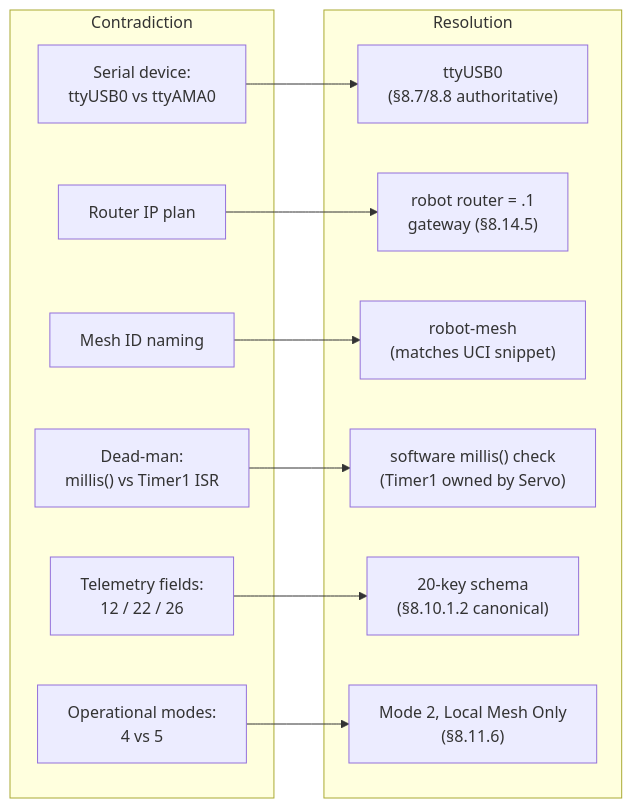
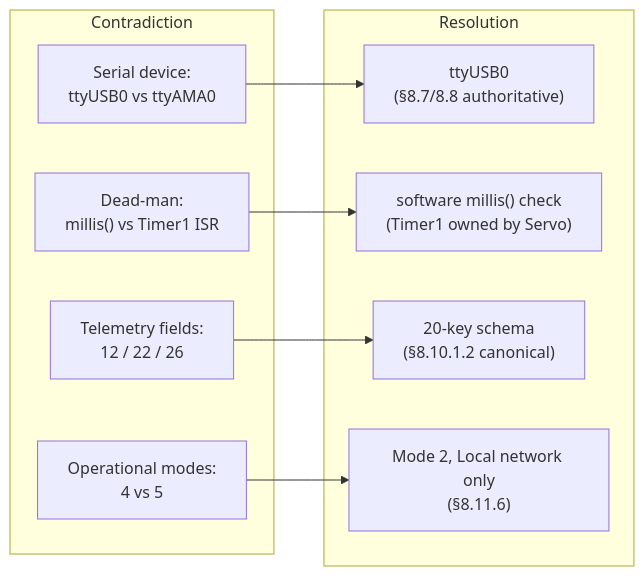
Diagram 13 of 16 in docs/ARCHITECTURE.md (baiust999/robort-code-from-pi), drawn with Mermaid before and after one commit. The commit also changed other lines of this file and 24 other files, not shown here.

First line of the commit message:
Remove the mesh network; run on an ordinary local Wi-Fi network

````diff
--- a/docs/ARCHITECTURE.md
+++ b/docs/ARCHITECTURE.md
@@ -554,25 +548,19 @@
 ```mermaid
 flowchart LR
     subgraph issues["Contradiction"]
         i1["Serial device:<br/>ttyUSB0 vs ttyAMA0"]
-        i2["Router IP plan"]
-        i3["Mesh ID naming"]
         i4["Dead-man:<br/>millis() vs Timer1 ISR"]
         i6["Telemetry fields:<br/>12 / 22 / 26"]
         i7["Operational modes:<br/>4 vs 5"]
     end
     subgraph resolved["Resolution"]
         r1["ttyUSB0<br/>(§8.7/8.8 authoritative)"]
-        r2["robot router = .1<br/>gateway (§8.14.5)"]
-        r3["robot-mesh<br/>(matches UCI snippet)"]
         r4["software millis() check<br/>(Timer1 owned by Servo)"]
         r6["20-key schema<br/>(§8.10.1.2 canonical)"]
-        r7["Mode 2, Local Mesh Only<br/>(§8.11.6)"]
+        r7["Mode 2, Local network only<br/>(§8.11.6)"]
     end
     i1-->r1
-    i2-->r2
-    i3-->r3
     i4-->r4
     i6-->r6
     i7-->r7
 ```
````
